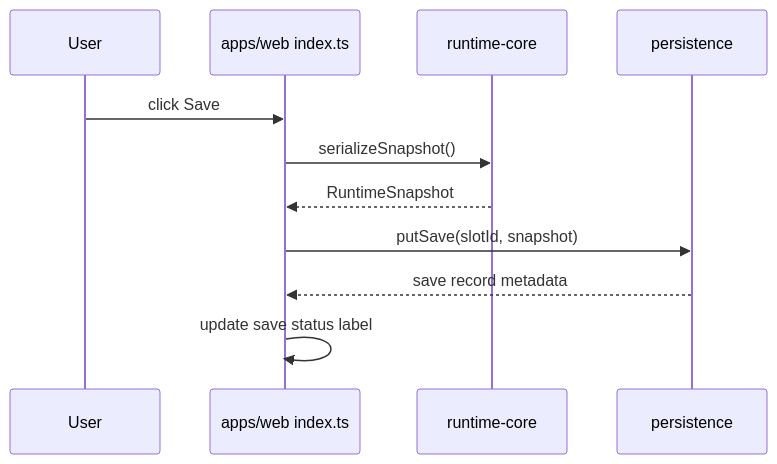
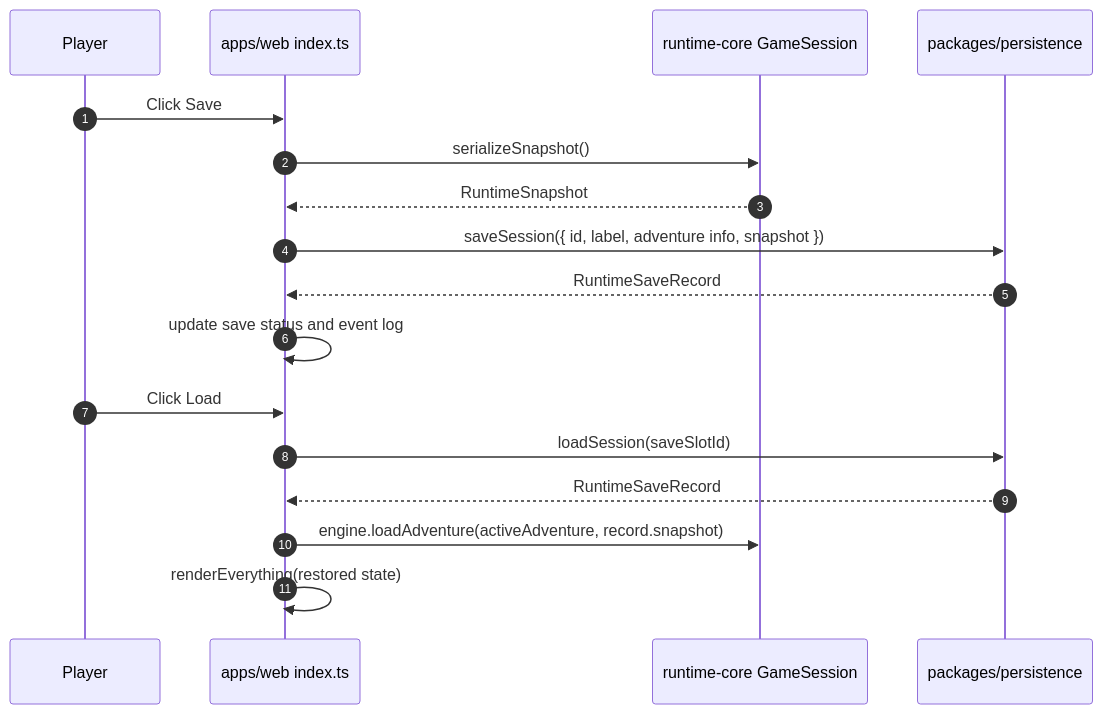
One commit to ianohlander/ACS changed diagram 11 of 13 in docs/system-reference.md. Above: the diagram before and after it, drawn with Mermaid. The commit also changed other lines of this file and 9 other files, not shown here.

Commit message:
Polish system reference documentation graphics

````diff
--- a/docs/system-reference.md
+++ b/docs/system-reference.md
@@ -380,14 +442,21 @@
 ```mermaid
 sequenceDiagram
-    participant User
+    autonumber
+    participant Player as Player
     participant RuntimePage as apps/web index.ts
-    participant Engine as runtime-core
-    participant Persist as persistence
+    participant Session as runtime-core GameSession
+    participant Persist as packages/persistence
 
-    User->>RuntimePage: click Save
-    RuntimePage->>Engine: serializeSnapshot()
-    Engine-->>RuntimePage: RuntimeSnapshot
-    RuntimePage->>Persist: putSave(slotId, snapshot)
-    Persist-->>RuntimePage: save record metadata
-    RuntimePage->>RuntimePage: update save status label
+    Player->>RuntimePage: Click Save
+    RuntimePage->>Session: serializeSnapshot()
+    Session-->>RuntimePage: RuntimeSnapshot
+    RuntimePage->>Persist: saveSession({ id, label, adventure info, snapshot })
+    Persist-->>RuntimePage: RuntimeSaveRecord
+    RuntimePage->>RuntimePage: update save status and event log
+
+    Player->>RuntimePage: Click Load
+    RuntimePage->>Persist: loadSession(saveSlotId)
+    Persist-->>RuntimePage: RuntimeSaveRecord
+    RuntimePage->>Session: engine.loadAdventure(activeAdventure, record.snapshot)
+    RuntimePage->>RuntimePage: renderEverything(restored state)
 ```
````
